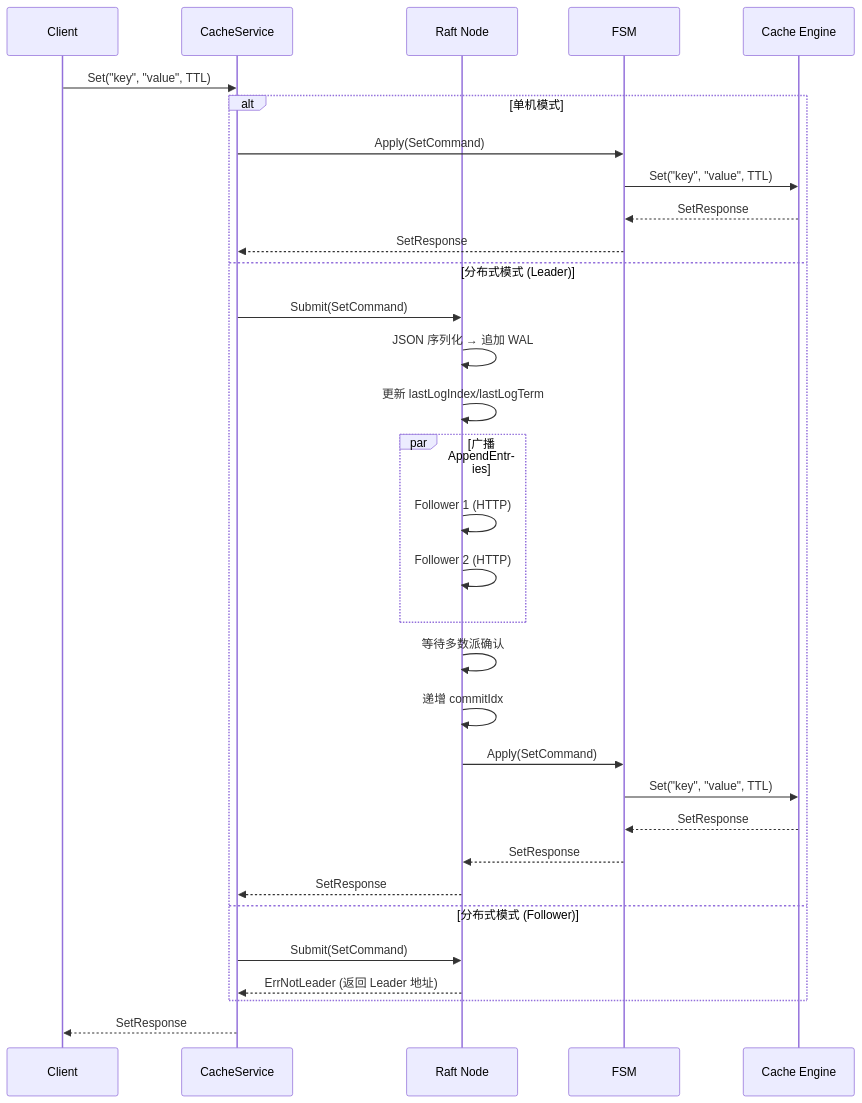
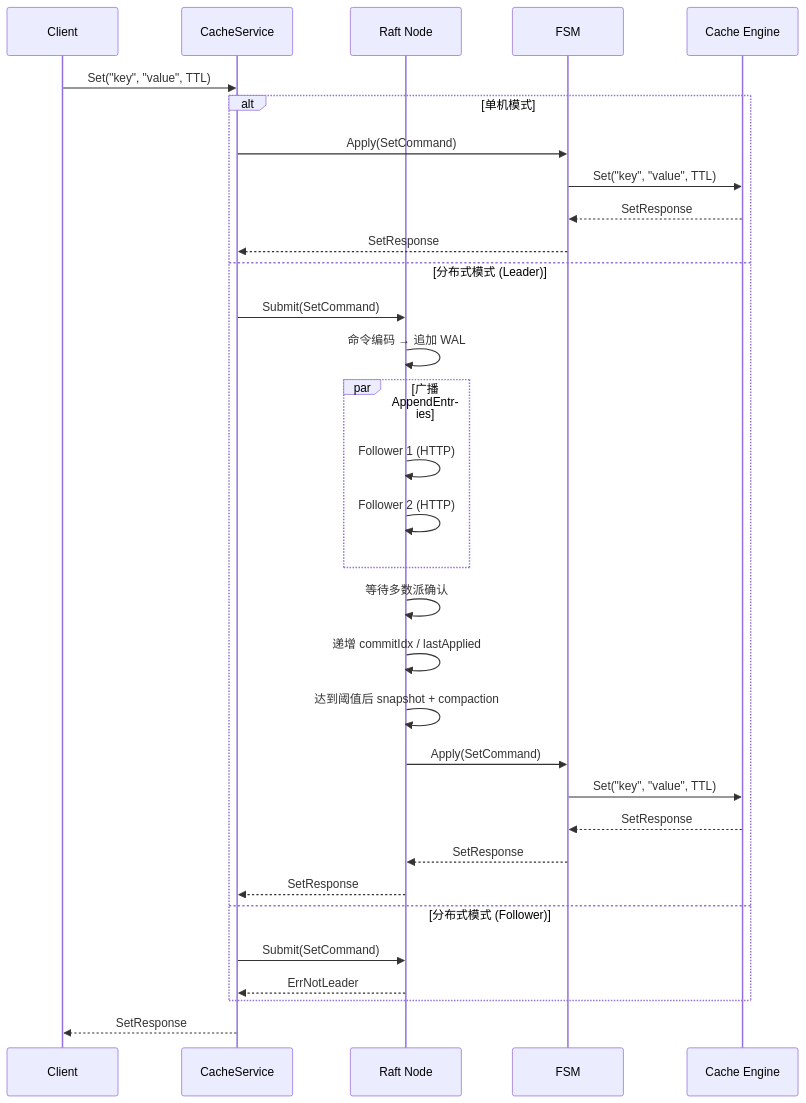
The second of 7 diagrams in README.md (lushenle/simple-cache), drawn with Mermaid before and after one commit. The commit also changed other lines of this file and 44 other files, not shown here.

````diff
--- a/README.md
+++ b/README.md
@@ -147,37 +155,37 @@
 ```mermaid
 sequenceDiagram
     participant C as Client
     participant S as CacheService
     participant R as Raft Node
     participant F as FSM
     participant Cache as Cache Engine
 
     C->>S: Set("key", "value", TTL)
     
     alt 单机模式
         S->>F: Apply(SetCommand)
         F->>Cache: Set("key", "value", TTL)
         Cache-->>F: SetResponse
         F-->>S: SetResponse
     else 分布式模式 (Leader)
         S->>R: Submit(SetCommand)
-        R->>R: JSON 序列化 → 追加 WAL
-        R->>R: 更新 lastLogIndex/lastLogTerm
+        R->>R: 命令编码 → 追加 WAL
         par 广播 AppendEntries
             R->>R: Follower 1 (HTTP)
             R->>R: Follower 2 (HTTP)
         end
         R->>R: 等待多数派确认
-        R->>R: 递增 commitIdx
+        R->>R: 递增 commitIdx / lastApplied
+        R->>R: 达到阈值后 snapshot + compaction
         R->>F: Apply(SetCommand)
         F->>Cache: Set("key", "value", TTL)
         Cache-->>F: SetResponse
         F-->>R: SetResponse
         R-->>S: SetResponse
     else 分布式模式 (Follower)
         S->>R: Submit(SetCommand)
-        R-->>S: ErrNotLeader (返回 Leader 地址)
+        R-->>S: ErrNotLeader
     end
     
     S-->>C: SetResponse
 ```
````
